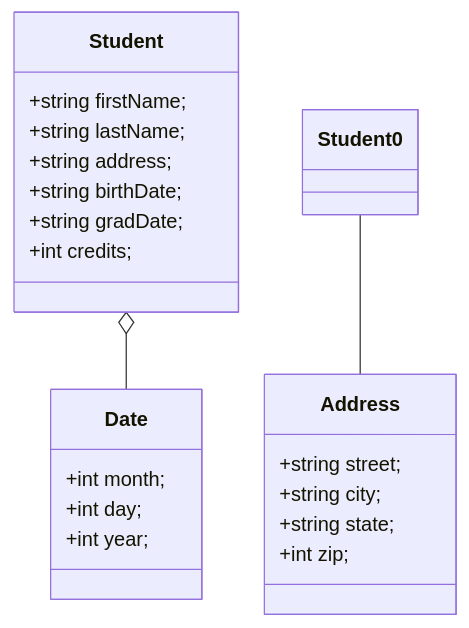
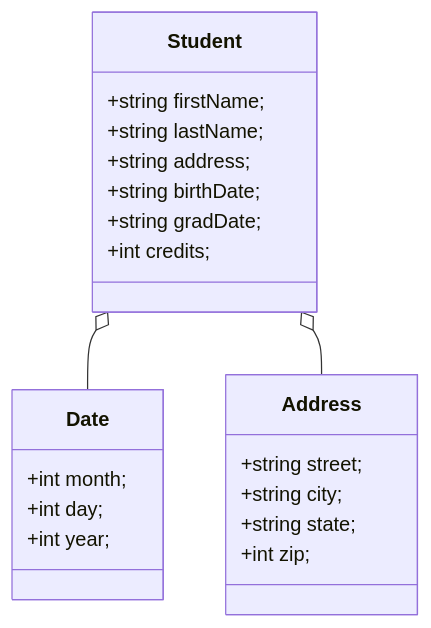
The diagram in README.md (nicholascoooper/Heap-of-students), drawn with Mermaid before and after one commit.

Commit message:
mermaid 2

````diff
--- a/README.md
+++ b/README.md
@@ -1,29 +1,29 @@
 ```mermaid
 classDiagram
 
     class Address{
         +string street;
         +string city;
         +string state;
         +int zip;    
     } 
     
     class Date{
         +int month;
         +int day;
         +int year;
     }
 
     class Student{
     +string firstName;
     +string lastName;
     +string address;
     +string birthDate;
     +string gradDate;
     +int credits;
     }
 
 Student o-- Date
-Student 0-- Address
+Student o-- Address
 
  ```
````
